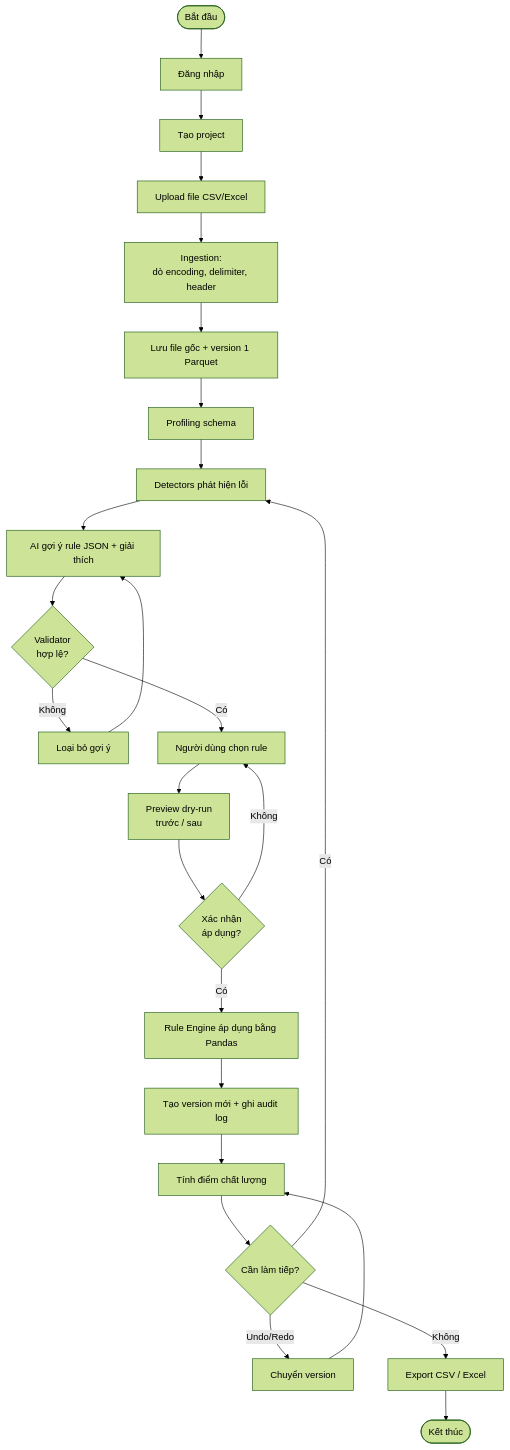
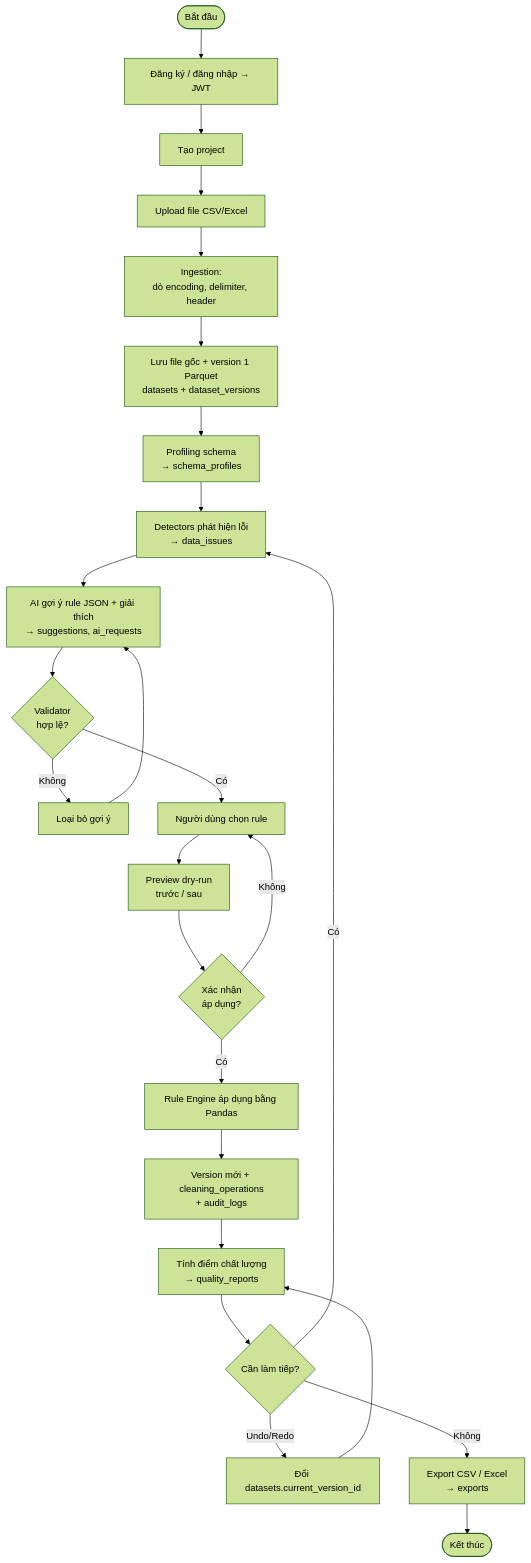
Before and after one commit to 2431540234-arch/clean-data: the third of 15 diagrams in data-cleaning-platform/docs/flow-diagram.md, drawn with Mermaid (forest theme). The commit also changed other lines of this file and 6 other files, not shown here.

````diff
--- a/data-cleaning-platform/docs/flow-diagram.md
+++ b/data-cleaning-platform/docs/flow-diagram.md
@@ -91,25 +118,25 @@
 ```mermaid
 flowchart TD
-    A([Bắt đầu]) --> B[Đăng nhập]
+    A([Bắt đầu]) --> B[Đăng ký / đăng nhập → JWT]
     B --> C[Tạo project]
     C --> D[Upload file CSV/Excel]
     D --> E[Ingestion:<br/>dò encoding, delimiter, header]
-    E --> F[Lưu file gốc + version 1 Parquet]
-    F --> G[Profiling schema]
-    G --> H[Detectors phát hiện lỗi]
-    H --> I[AI gợi ý rule JSON + giải thích]
+    E --> F[Lưu file gốc + version 1 Parquet<br/>datasets + dataset_versions]
+    F --> G[Profiling schema<br/>→ schema_profiles]
+    G --> H[Detectors phát hiện lỗi<br/>→ data_issues]
+    H --> I[AI gợi ý rule JSON + giải thích<br/>→ suggestions, ai_requests]
     I --> J{Validator<br/>hợp lệ?}
     J -- Không --> I2[Loại bỏ gợi ý] --> I
     J -- Có --> K[Người dùng chọn rule]
     K --> L[Preview dry-run<br/>trước / sau]
     L --> M{Xác nhận<br/>áp dụng?}
     M -- Không --> K
     M -- Có --> N[Rule Engine áp dụng bằng Pandas]
-    N --> O[Tạo version mới + ghi audit log]
-    O --> P[Tính điểm chất lượng]
+    N --> O[Version mới + cleaning_operations<br/>+ audit_logs]
+    O --> P[Tính điểm chất lượng<br/>→ quality_reports]
     P --> Q{Cần làm tiếp?}
     Q -- Có --> H
-    Q -- Undo/Redo --> R[Chuyển version] --> P
-    Q -- Không --> S[Export CSV / Excel]
+    Q -- Undo/Redo --> R[Đổi datasets.current_version_id] --> P
+    Q -- Không --> S[Export CSV / Excel<br/>→ exports]
     S --> T([Kết thúc])
 ```
````
